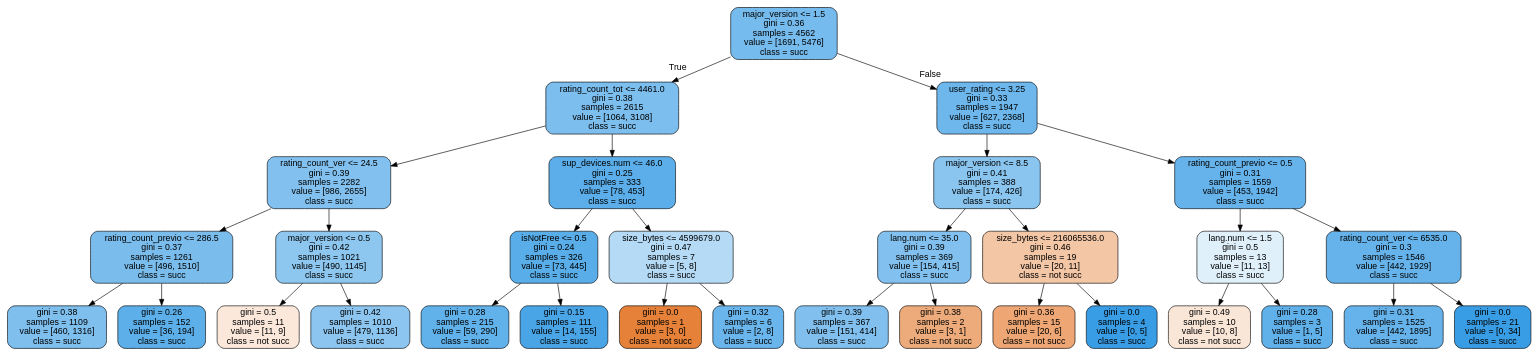
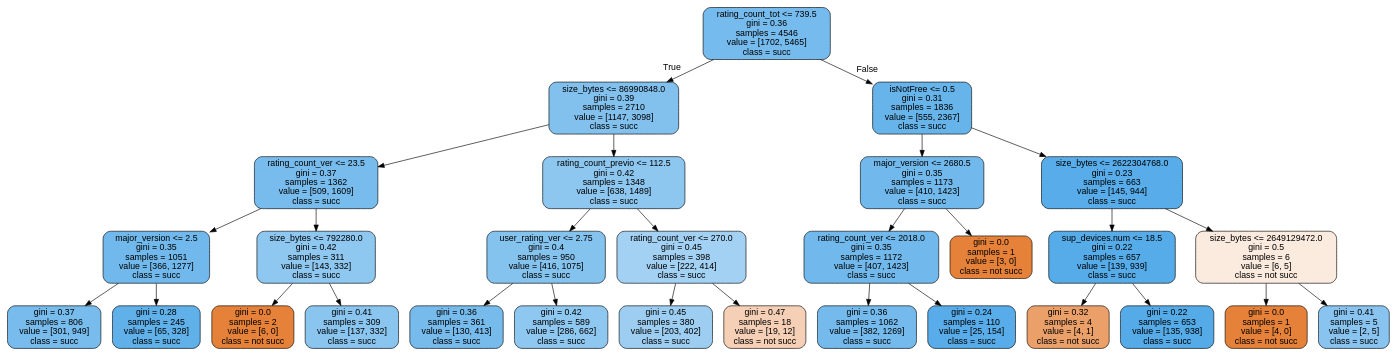
The diagram in res/tree_depth4.dot (rozanecm/7550_tpFinal), drawn with Graphviz before and after one commit. The commit also changed 18 other files, not shown here.

```diff
--- a/res/tree_depth4.dot
+++ b/res/tree_depth4.dot
@@ -1,65 +1,61 @@
 digraph Tree {
 node [shape=box, style="filled, rounded", color="black", fontname=helvetica] ;
 edge [fontname=helvetica] ;
-0 [label="major_version <= 1.5\ngini = 0.36\nsamples = 4562\nvalue = [1691, 5476]\nclass = succ", fillcolor="#399de5b0"] ;
-1 [label="rating_count_tot <= 4461.0\ngini = 0.38\nsamples = 2615\nvalue = [1064, 3108]\nclass = succ", fillcolor="#399de5a8"] ;
+0 [label="rating_count_tot <= 739.5\ngini = 0.36\nsamples = 4546\nvalue = [1702, 5465]\nclass = succ", fillcolor="#399de5b0"] ;
+1 [label="size_bytes <= 86990848.0\ngini = 0.39\nsamples = 2710\nvalue = [1147, 3098]\nclass = succ", fillcolor="#399de5a1"] ;
 0 -> 1 [labeldistance=2.5, labelangle=45, headlabel="True"] ;
-2 [label="rating_count_ver <= 24.5\ngini = 0.39\nsamples = 2282\nvalue = [986, 2655]\nclass = succ", fillcolor="#399de5a0"] ;
+2 [label="rating_count_ver <= 23.5\ngini = 0.37\nsamples = 1362\nvalue = [509, 1609]\nclass = succ", fillcolor="#399de5ae"] ;
 1 -> 2 ;
-3 [label="rating_count_previo <= 286.5\ngini = 0.37\nsamples = 1261\nvalue = [496, 1510]\nclass = succ", fillcolor="#399de5ab"] ;
+3 [label="major_version <= 2.5\ngini = 0.35\nsamples = 1051\nvalue = [366, 1277]\nclass = succ", fillcolor="#399de5b6"] ;
 2 -> 3 ;
-4 [label="gini = 0.38\nsamples = 1109\nvalue = [460, 1316]\nclass = succ", fillcolor="#399de5a6"] ;
+4 [label="gini = 0.37\nsamples = 806\nvalue = [301, 949]\nclass = succ", fillcolor="#399de5ae"] ;
 3 -> 4 ;
-5 [label="gini = 0.26\nsamples = 152\nvalue = [36, 194]\nclass = succ", fillcolor="#399de5d0"] ;
+5 [label="gini = 0.28\nsamples = 245\nvalue = [65, 328]\nclass = succ", fillcolor="#399de5cc"] ;
 3 -> 5 ;
-6 [label="major_version <= 0.5\ngini = 0.42\nsamples = 1021\nvalue = [490, 1145]\nclass = succ", fillcolor="#399de592"] ;
+6 [label="size_bytes <= 792280.0\ngini = 0.42\nsamples = 311\nvalue = [143, 332]\nclass = succ", fillcolor="#399de591"] ;
 2 -> 6 ;
-7 [label="gini = 0.5\nsamples = 11\nvalue = [11, 9]\nclass = not succ", fillcolor="#e581392e"] ;
+7 [label="gini = 0.0\nsamples = 2\nvalue = [6, 0]\nclass = not succ", fillcolor="#e58139ff"] ;
 6 -> 7 ;
-8 [label="gini = 0.42\nsamples = 1010\nvalue = [479, 1136]\nclass = succ", fillcolor="#399de593"] ;
+8 [label="gini = 0.41\nsamples = 309\nvalue = [137, 332]\nclass = succ", fillcolor="#399de596"] ;
 6 -> 8 ;
-9 [label="sup_devices.num <= 46.0\ngini = 0.25\nsamples = 333\nvalue = [78, 453]\nclass = succ", fillcolor="#399de5d3"] ;
+9 [label="rating_count_previo <= 112.5\ngini = 0.42\nsamples = 1348\nvalue = [638, 1489]\nclass = succ", fillcolor="#399de592"] ;
 1 -> 9 ;
-10 [label="isNotFree <= 0.5\ngini = 0.24\nsamples = 326\nvalue = [73, 445]\nclass = succ", fillcolor="#399de5d5"] ;
+10 [label="user_rating_ver <= 2.75\ngini = 0.4\nsamples = 950\nvalue = [416, 1075]\nclass = succ", fillcolor="#399de59c"] ;
 9 -> 10 ;
-11 [label="gini = 0.28\nsamples = 215\nvalue = [59, 290]\nclass = succ", fillcolor="#399de5cb"] ;
+11 [label="gini = 0.36\nsamples = 361\nvalue = [130, 413]\nclass = succ", fillcolor="#399de5af"] ;
 10 -> 11 ;
-12 [label="gini = 0.15\nsamples = 111\nvalue = [14, 155]\nclass = succ", fillcolor="#399de5e8"] ;
+12 [label="gini = 0.42\nsamples = 589\nvalue = [286, 662]\nclass = succ", fillcolor="#399de591"] ;
 10 -> 12 ;
-13 [label="size_bytes <= 4599679.0\ngini = 0.47\nsamples = 7\nvalue = [5, 8]\nclass = succ", fillcolor="#399de560"] ;
+13 [label="rating_count_ver <= 270.0\ngini = 0.45\nsamples = 398\nvalue = [222, 414]\nclass = succ", fillcolor="#399de576"] ;
 9 -> 13 ;
-14 [label="gini = 0.0\nsamples = 1\nvalue = [3, 0]\nclass = not succ", fillcolor="#e58139ff"] ;
+14 [label="gini = 0.45\nsamples = 380\nvalue = [203, 402]\nclass = succ", fillcolor="#399de57e"] ;
 13 -> 14 ;
-15 [label="gini = 0.32\nsamples = 6\nvalue = [2, 8]\nclass = succ", fillcolor="#399de5bf"] ;
+15 [label="gini = 0.47\nsamples = 18\nvalue = [19, 12]\nclass = not succ", fillcolor="#e581395e"] ;
 13 -> 15 ;
-16 [label="user_rating <= 3.25\ngini = 0.33\nsamples = 1947\nvalue = [627, 2368]\nclass = succ", fillcolor="#399de5bb"] ;
+16 [label="isNotFree <= 0.5\ngini = 0.31\nsamples = 1836\nvalue = [555, 2367]\nclass = succ", fillcolor="#399de5c3"] ;
 0 -> 16 [labeldistance=2.5, labelangle=-45, headlabel="False"] ;
-17 [label="major_version <= 8.5\ngini = 0.41\nsamples = 388\nvalue = [174, 426]\nclass = succ", fillcolor="#399de597"] ;
+17 [label="major_version <= 2680.5\ngini = 0.35\nsamples = 1173\nvalue = [410, 1423]\nclass = succ", fillcolor="#399de5b6"] ;
 16 -> 17 ;
-18 [label="lang.num <= 35.0\ngini = 0.39\nsamples = 369\nvalue = [154, 415]\nclass = succ", fillcolor="#399de5a0"] ;
+18 [label="rating_count_ver <= 2018.0\ngini = 0.35\nsamples = 1172\nvalue = [407, 1423]\nclass = succ", fillcolor="#399de5b6"] ;
 17 -> 18 ;
-19 [label="gini = 0.39\nsamples = 367\nvalue = [151, 414]\nclass = succ", fillcolor="#399de5a2"] ;
+19 [label="gini = 0.36\nsamples = 1062\nvalue = [382, 1269]\nclass = succ", fillcolor="#399de5b2"] ;
 18 -> 19 ;
-20 [label="gini = 0.38\nsamples = 2\nvalue = [3, 1]\nclass = not succ", fillcolor="#e58139aa"] ;
+20 [label="gini = 0.24\nsamples = 110\nvalue = [25, 154]\nclass = succ", fillcolor="#399de5d6"] ;
 18 -> 20 ;
-21 [label="size_bytes <= 216065536.0\ngini = 0.46\nsamples = 19\nvalue = [20, 11]\nclass = not succ", fillcolor="#e5813973"] ;
+21 [label="gini = 0.0\nsamples = 1\nvalue = [3, 0]\nclass = not succ", fillcolor="#e58139ff"] ;
 17 -> 21 ;
-22 [label="gini = 0.36\nsamples = 15\nvalue = [20, 6]\nclass = not succ", fillcolor="#e58139b3"] ;
-21 -> 22 ;
-23 [label="gini = 0.0\nsamples = 4\nvalue = [0, 5]\nclass = succ", fillcolor="#399de5ff"] ;
-21 -> 23 ;
-24 [label="rating_count_previo <= 0.5\ngini = 0.31\nsamples = 1559\nvalue = [453, 1942]\nclass = succ", fillcolor="#399de5c4"] ;
-16 -> 24 ;
-25 [label="lang.num <= 1.5\ngini = 0.5\nsamples = 13\nvalue = [11, 13]\nclass = succ", fillcolor="#399de527"] ;
-24 -> 25 ;
-26 [label="gini = 0.49\nsamples = 10\nvalue = [10, 8]\nclass = not succ", fillcolor="#e5813933"] ;
-25 -> 26 ;
-27 [label="gini = 0.28\nsamples = 3\nvalue = [1, 5]\nclass = succ", fillcolor="#399de5cc"] ;
-25 -> 27 ;
-28 [label="rating_count_ver <= 6535.0\ngini = 0.3\nsamples = 1546\nvalue = [442, 1929]\nclass = succ", fillcolor="#399de5c5"] ;
-24 -> 28 ;
-29 [label="gini = 0.31\nsamples = 1525\nvalue = [442, 1895]\nclass = succ", fillcolor="#399de5c4"] ;
-28 -> 29 ;
-30 [label="gini = 0.0\nsamples = 21\nvalue = [0, 34]\nclass = succ", fillcolor="#399de5ff"] ;
-28 -> 30 ;
+22 [label="size_bytes <= 2622304768.0\ngini = 0.23\nsamples = 663\nvalue = [145, 944]\nclass = succ", fillcolor="#399de5d8"] ;
+16 -> 22 ;
+23 [label="sup_devices.num <= 18.5\ngini = 0.22\nsamples = 657\nvalue = [139, 939]\nclass = succ", fillcolor="#399de5d9"] ;
+22 -> 23 ;
+24 [label="gini = 0.32\nsamples = 4\nvalue = [4, 1]\nclass = not succ", fillcolor="#e58139bf"] ;
+23 -> 24 ;
+25 [label="gini = 0.22\nsamples = 653\nvalue = [135, 938]\nclass = succ", fillcolor="#399de5da"] ;
+23 -> 25 ;
+26 [label="size_bytes <= 2649129472.0\ngini = 0.5\nsamples = 6\nvalue = [6, 5]\nclass = not succ", fillcolor="#e581392a"] ;
+22 -> 26 ;
+27 [label="gini = 0.0\nsamples = 1\nvalue = [4, 0]\nclass = not succ", fillcolor="#e58139ff"] ;
+26 -> 27 ;
+28 [label="gini = 0.41\nsamples = 5\nvalue = [2, 5]\nclass = succ", fillcolor="#399de599"] ;
+26 -> 28 ;
 }
```
